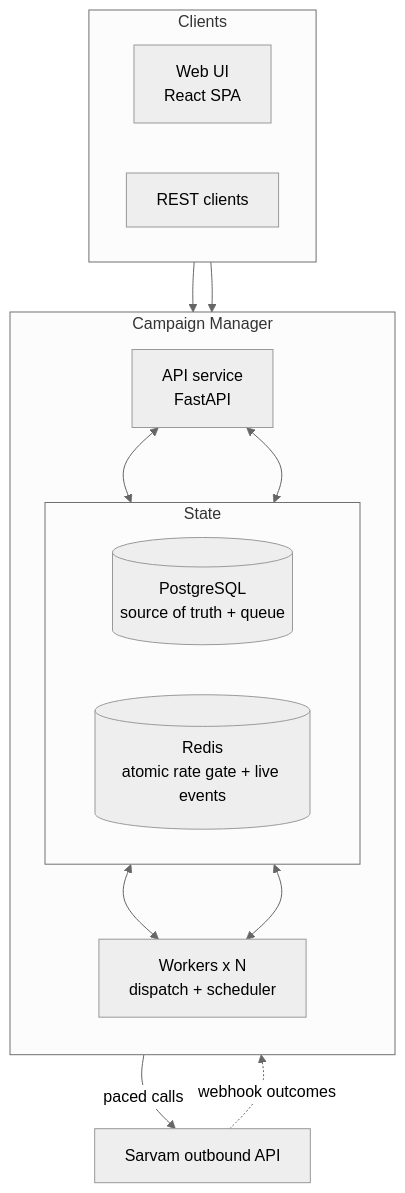
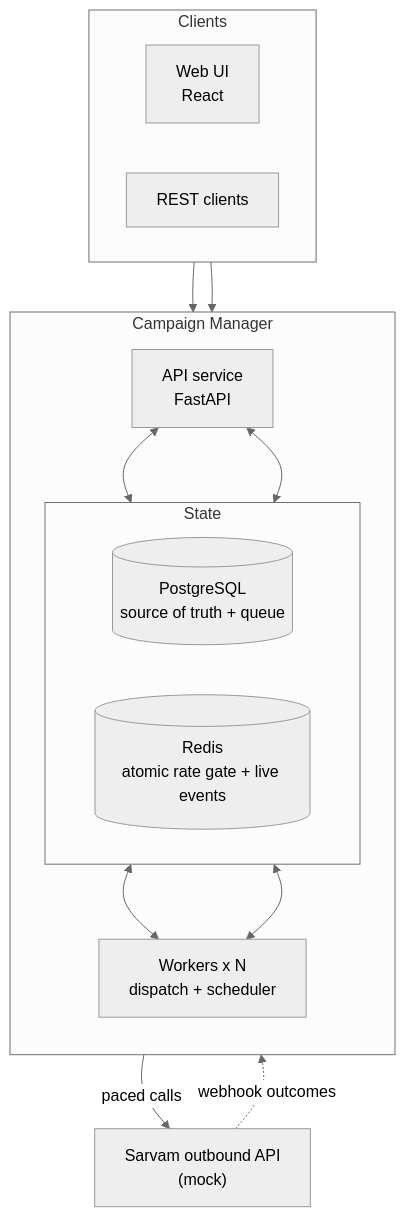
The diagram in README.md (yshemashree/Campaign-Manager-Predixion-AI-), drawn with Mermaid (neutral theme) before and after one commit. The commit also changed other lines of this file and 2 other files, not shown here.

````diff
--- a/README.md
+++ b/README.md
@@ -19,30 +115,30 @@
 ```mermaid
 flowchart TB
     subgraph clients["Clients"]
         direction LR
-        UI["Web UI<br/>React SPA"]
+        UI["Web UI<br/>React"]
         RC["REST clients"]
     end
 
     subgraph platform["Campaign Manager"]
         direction TB
         API["API service<br/>FastAPI"]
         subgraph data["State"]
             direction LR
             PG[("PostgreSQL<br/>source of truth + queue")]
             RD[("Redis<br/>atomic rate gate + live events")]
         end
         WK["Workers x N<br/>dispatch + scheduler"]
     end
 
-    SV["Sarvam outbound API"]
+    SV["Sarvam outbound API<br/>(mock)"]
 
     UI --> API
     RC --> API
     API <--> PG
     API <--> RD
     PG <--> WK
     RD <--> WK
     WK -- "paced calls" --> SV
     SV -. "webhook outcomes" .-> API
 ```
````
